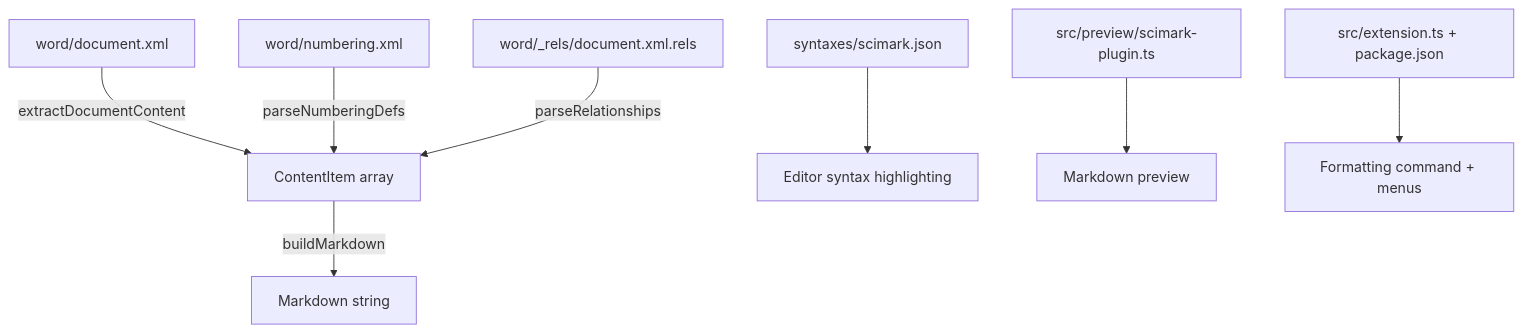
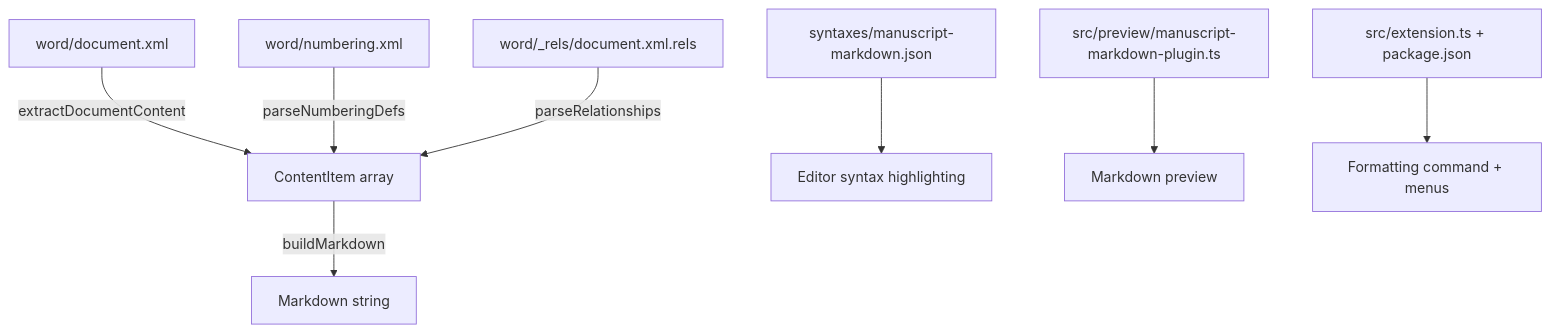
The diagram in .kiro/specs/docx-formatting-conversion/design.md (jbearak/scimark), drawn with Mermaid before and after one commit. The commit also changed other lines of this file and 85 other files, not shown here.

First line of the commit message:
rename: revert "Scientific Markdown (scimark)" back to "Manuscript Markdown"

````diff
--- a/.kiro/specs/docx-formatting-conversion/design.md
+++ b/.kiro/specs/docx-formatting-conversion/design.md
@@ -11,11 +11,11 @@
 ```mermaid
 graph TD
     A[word/document.xml] -->|extractDocumentContent| B[ContentItem array]
     C[word/numbering.xml] -->|parseNumberingDefs| B
     D[word/_rels/document.xml.rels] -->|parseRelationships| B
     B -->|buildMarkdown| E[Markdown string]
 
-    F[syntaxes/scimark.json] --> G[Editor syntax highlighting]
-    H[src/preview/scimark-plugin.ts] --> I[Markdown preview]
+    F[syntaxes/manuscript-markdown.json] --> G[Editor syntax highlighting]
+    H[src/preview/manuscript-markdown-plugin.ts] --> I[Markdown preview]
     J[src/extension.ts + package.json] --> K[Formatting command + menus]
 ```
````
